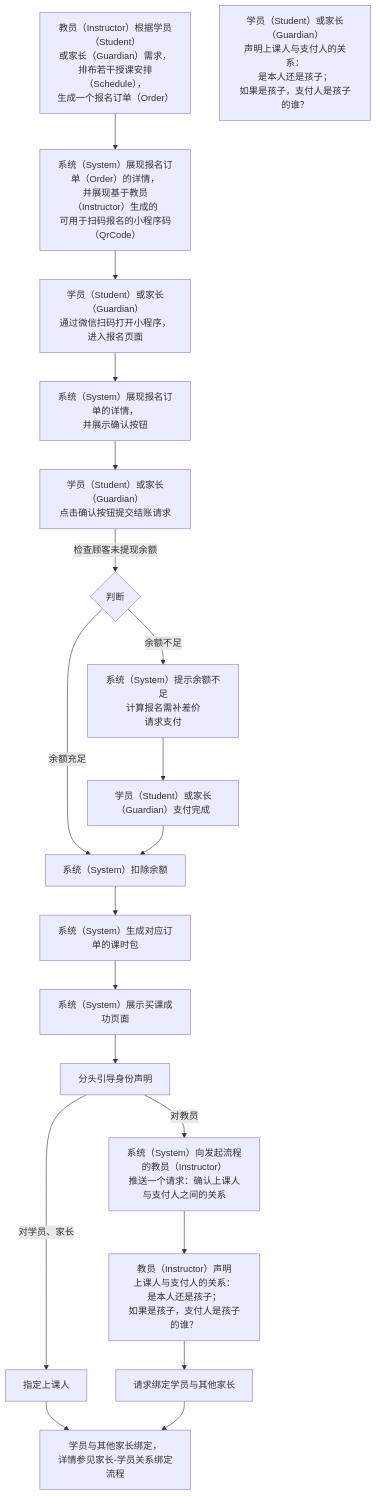
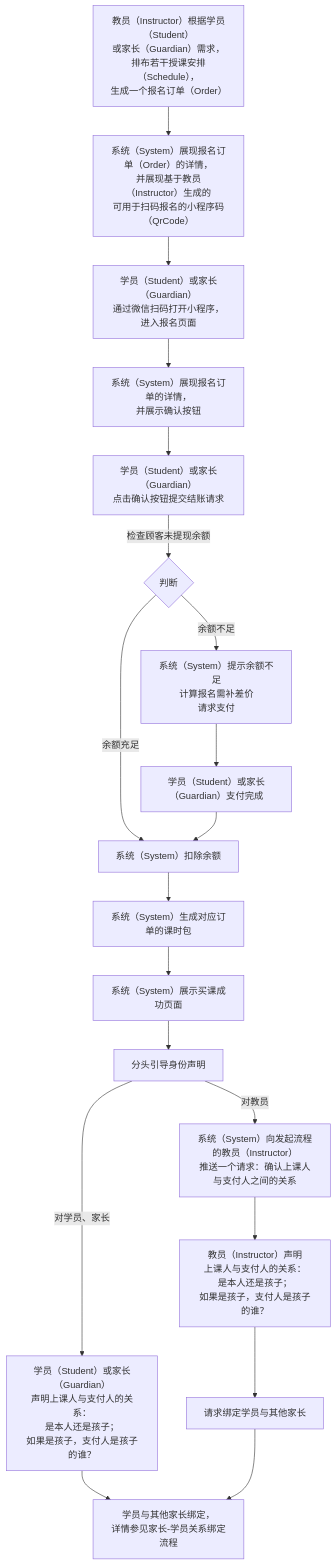
Before and after one commit to world-wide-web/sign: the diagram in 用例/报名.md, drawn with Mermaid. The commit also changed other lines of this file, not shown here.

````diff
--- a/用例/报名.md
+++ b/用例/报名.md
@@ -7,54 +7,54 @@
 ```mermaid
 graph TD
 
 生成报名订单-->生成报名码
 生成报名码-->扫码报名
 扫码报名-->展现报名订单
 展现报名订单-->确认并提交结账请求
 确认并提交结账请求--检查顾客未提现余额-->检查顾客未提现余额
 检查顾客未提现余额--余额充足-->扣除余额
 检查顾客未提现余额--余额不足-->请求支付
 请求支付-->支付完成
 支付完成-->扣除余额
 扣除余额-->生成课时包
 生成课时包-->提示买课成功
 提示买课成功-->分头引导身份声明
 分头引导身份声明--"对教员"-->请求身份声明
 分头引导身份声明--"对学员、家长"-->指定上课人
 请求身份声明-->教员代理身份声明
 教员代理身份声明-->请求绑定学员与其他家长
 指定上课人-->学员与其他家长绑定
 请求绑定学员与其他家长-->学员与其他家长绑定
 
 生成报名订单["<center>教员（Instructor）根据学员（Student）<br>或家长（Guardian）需求，<br>排布若干授课安排（Schedule），<br>生成一个报名订单（Order）</center>"]
 
 生成报名码["<center>系统（System）展现报名订单（Order）的详情，<br>并展现基于教员（Instructor）生成的<br>可用于扫码报名的小程序码（QrCode）</center>"]
 
 扫码报名["<center>学员（Student）或家长（Guardian）<br>通过微信扫码打开小程序，进入报名页面</center>"]
 
 展现报名订单["<center>系统（System）展现报名订单的详情，<br>并展示确认按钮</center>"]
 
 确认并提交结账请求["<center>学员（Student）或家长（Guardian）<br>点击确认按钮提交结账请求</center>"]
 
 检查顾客未提现余额{判断}
 
 请求支付["<center>系统（System）提示余额不足<br>计算报名需补差价<br>请求支付</center>"]
 
 支付完成["<center>学员（Student）或家长（Guardian）支付完成</center>"]
 
 扣除余额["<center>系统（System）扣除余额</center>"]
 
 生成课时包["<center>系统（System）生成对应订单的课时包</center>"]
 
 提示买课成功["<center>系统（System）展示买课成功页面</center>"]
 
 请求身份声明["<center>系统（System）向发起流程的教员（Instructor）<br>推送一个请求：确认上课人与支付人之间的关系</center>"]
 
-支付人身份声明["<center>学员（Student）或家长（Guardian）<br>声明上课人与支付人的关系：<br>是本人还是孩子；<br>如果是孩子，支付人是孩子的谁？</center>"]
+指定上课人["<center>学员（Student）或家长（Guardian）<br>声明上课人与支付人的关系：<br>是本人还是孩子；<br>如果是孩子，支付人是孩子的谁？</center>"]
 
 教员代理身份声明["<center>教员（Instructor）声明<br>上课人与支付人的关系：<br>是本人还是孩子；<br>如果是孩子，支付人是孩子的谁？</center>"]
 
 请求绑定学员与其他家长
 
 学员与其他家长绑定["<center>学员与其他家长绑定，<br>详情参见家长-学员关系绑定流程</center>"]
 ```
````
